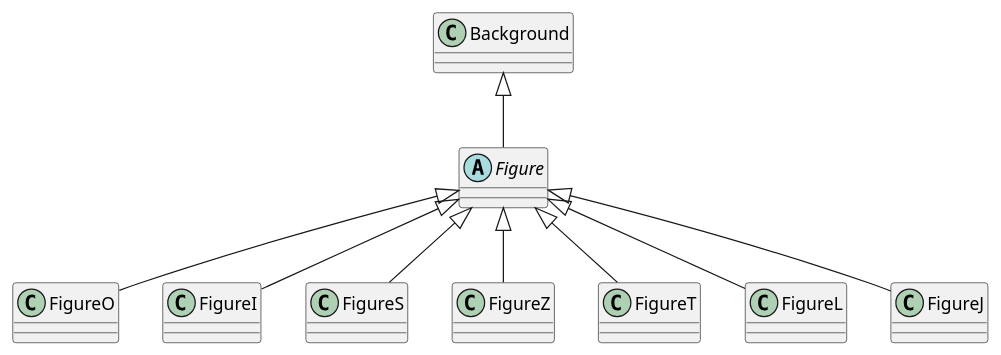
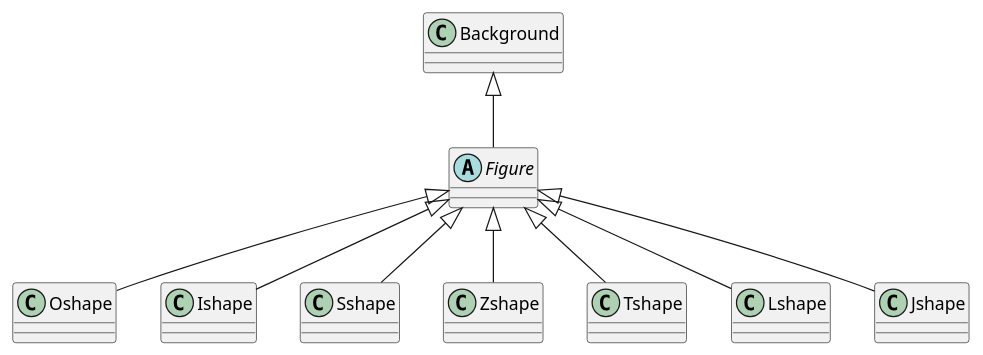
One commit to pablarce/Tetris changed the diagram in Tetris/src/main/docs/PlantUML.puml. Above: the diagram before and after it, drawn with PlantUML. The commit also changed 10 other files, not shown here.

Commit message:
PlantUml

```diff
--- a/Tetris/src/main/docs/PlantUML.puml
+++ b/Tetris/src/main/docs/PlantUML.puml
@@ -1,25 +1,25 @@
 @startuml
 'https://plantuml.com/class-diagram
 
 abstract class Figure
-class FigureO
-class FigureI
-class FigureS
-class FigureZ
-class FigureT
-class FigureL
-class FigureJ
+class Oshape
+class Ishape
+class Sshape
+class Zshape
+class Tshape
+class Lshape
+class Jshape
 class Background
 
-Figure <|-- FigureI
-Figure <|-- FigureO
-Figure <|-- FigureS
-Figure <|-- FigureZ
-Figure <|-- FigureT
-Figure <|-- FigureL
-Figure <|-- FigureJ
+Figure <|-- Ishape
+Figure <|-- Oshape
+Figure <|-- Sshape
+Figure <|-- Zshape
+Figure <|-- Tshape
+Figure <|-- Lshape
+Figure <|-- Jshape
 
 Background <|-- Figure
 
 
 @enduml
```
